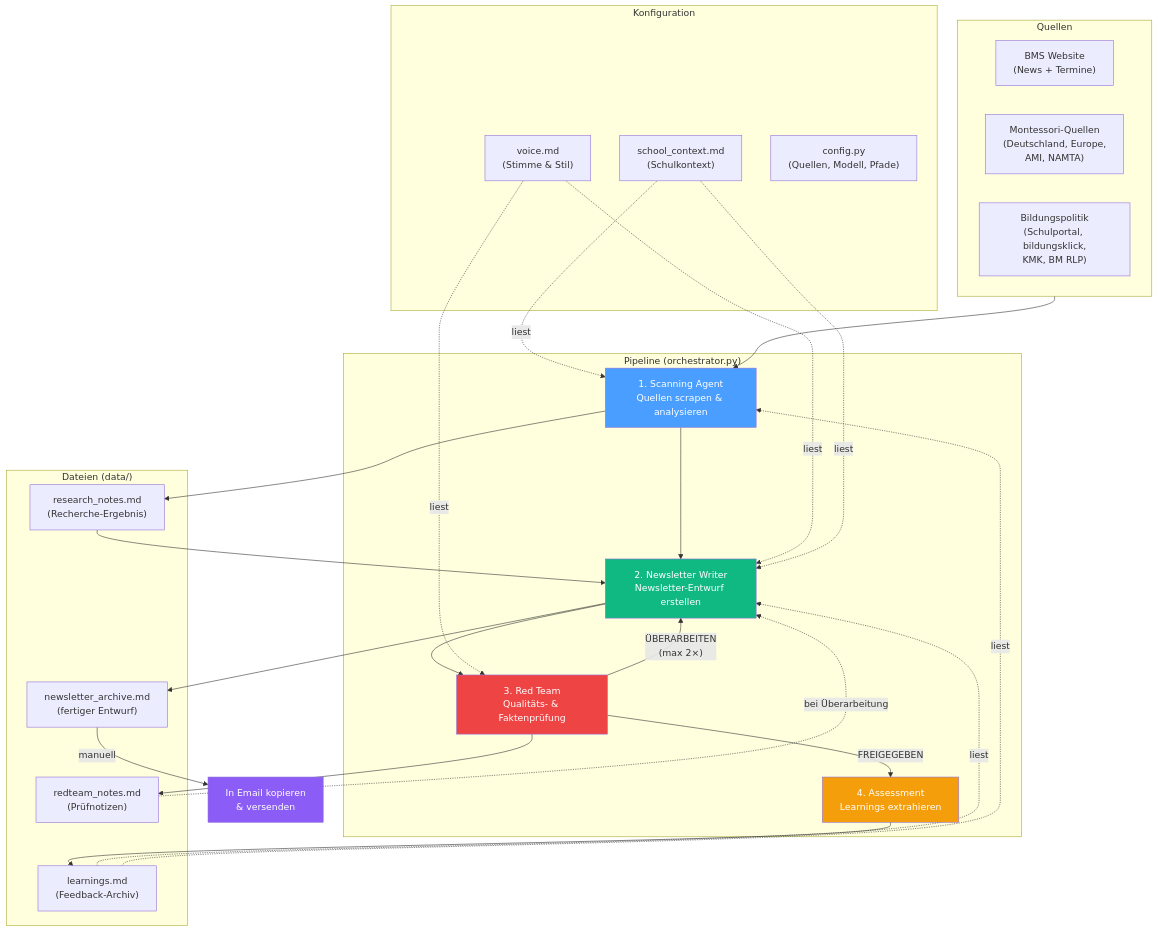
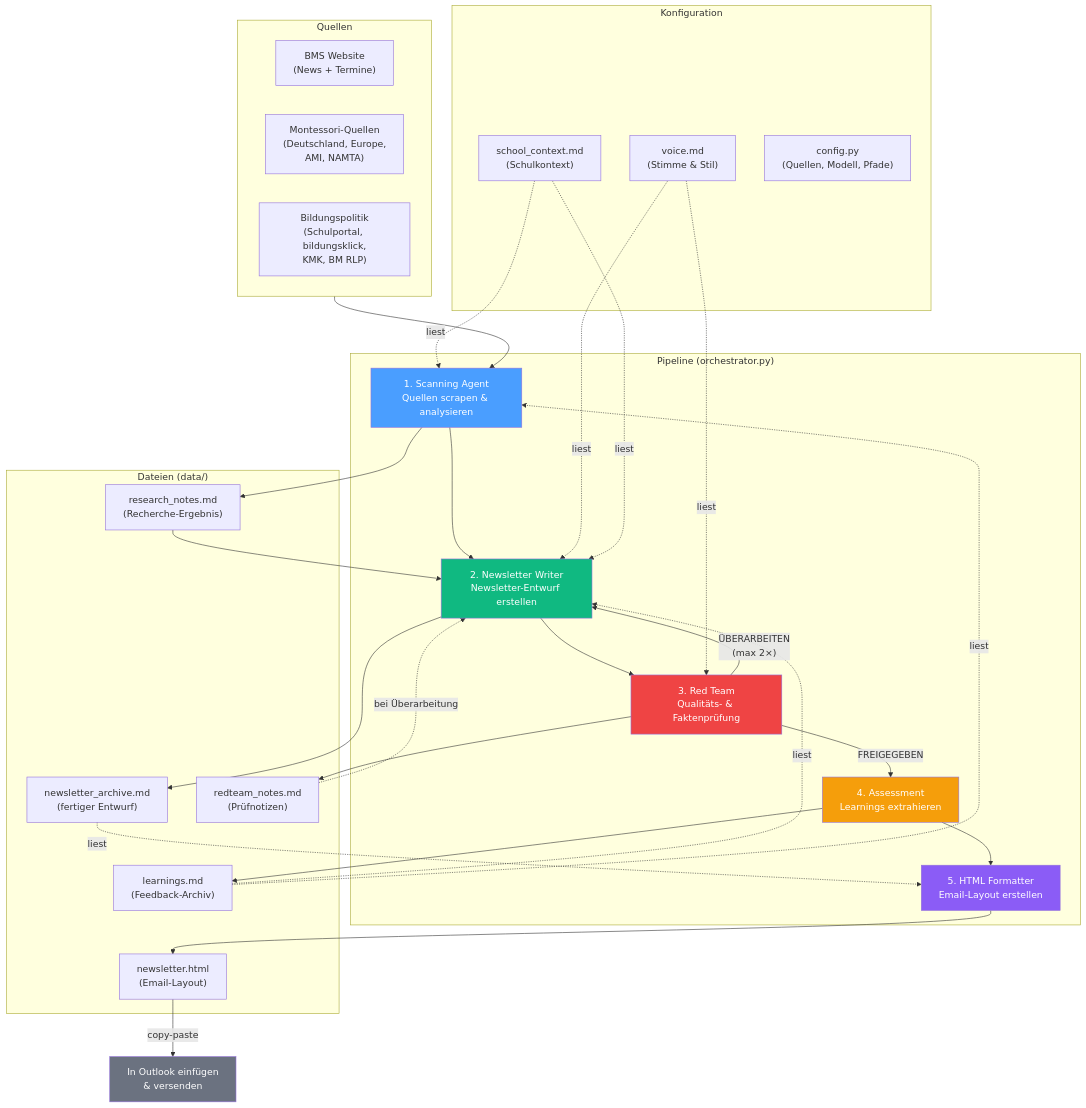
One commit to bschmaus/bms-newsletter changed the diagram in README.md. Above: the diagram before and after it, drawn with Mermaid. The commit also changed other lines of this file and 4 other files, not shown here.

First line of the commit message:
Add HTML Formatter as 5th pipeline agent

````diff
--- a/README.md
+++ b/README.md
@@ -7,56 +7,61 @@
 ```mermaid
 flowchart TD
     subgraph Sources["Quellen"]
         BMS["BMS Website\n(News + Termine)"]
         MONT["Montessori-Quellen\n(Deutschland, Europe,\nAMI, NAMTA)"]
         BILD["Bildungspolitik\n(Schulportal, bildungsklick,\nKMK, BM RLP)"]
     end
 
     subgraph Pipeline["Pipeline (orchestrator.py)"]
         SCAN["1. Scanning Agent\nQuellen scrapen & analysieren"]
         WRITE["2. Newsletter Writer\nNewsletter-Entwurf erstellen"]
         RED["3. Red Team\nQualitäts- & Faktenprüfung"]
         ASSESS["4. Assessment\nLearnings extrahieren"]
 
         SCAN --> WRITE
         WRITE --> RED
         RED -->|"ÜBERARBEITEN\n(max 2×)"| WRITE
         RED -->|"FREIGEGEBEN"| ASSESS
+        ASSESS --> HTML["5. HTML Formatter\nEmail-Layout erstellen"]
     end
 
     subgraph Data["Dateien (data/)"]
         RN["research_notes.md\n(Recherche-Ergebnis)"]
         NA["newsletter_archive.md\n(fertiger Entwurf)"]
         RTN["redteam_notes.md\n(Prüfnotizen)"]
         LRN["learnings.md\n(Feedback-Archiv)"]
+        NHTML["newsletter.html\n(Email-Layout)"]
     end
 
     subgraph Config["Konfiguration"]
         VOICE["voice.md\n(Stimme & Stil)"]
         SCHOOL["school_context.md\n(Schulkontext)"]
         CFG["config.py\n(Quellen, Modell, Pfade)"]
     end
 
     Sources --> SCAN
     SCAN --> RN
     RN --> WRITE
     WRITE --> NA
     RED --> RTN
     ASSESS --> LRN
+    HTML --> NHTML
+    NA -.->|"liest"| HTML
 
     VOICE -.->|"liest"| WRITE
     VOICE -.->|"liest"| RED
     SCHOOL -.->|"liest"| WRITE
     SCHOOL -.->|"liest"| SCAN
     LRN -.->|"liest"| WRITE
     LRN -.->|"liest"| SCAN
     RTN -.->|"bei Überarbeitung"| WRITE
 
-    NA -->|"manuell"| EMAIL["In Email kopieren\n& versenden"]
+    NHTML -->|"copy-paste"| EMAIL["In Outlook einfügen\n& versenden"]
 
     style SCAN fill:#4a9eff,color:#fff
     style WRITE fill:#10b981,color:#fff
     style RED fill:#ef4444,color:#fff
     style ASSESS fill:#f59e0b,color:#fff
-    style EMAIL fill:#8b5cf6,color:#fff
+    style HTML fill:#8b5cf6,color:#fff
+    style EMAIL fill:#6b7280,color:#fff
 ```
````
